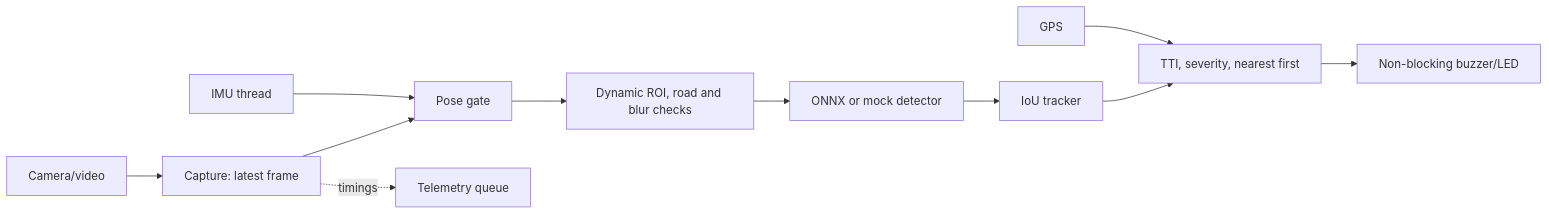
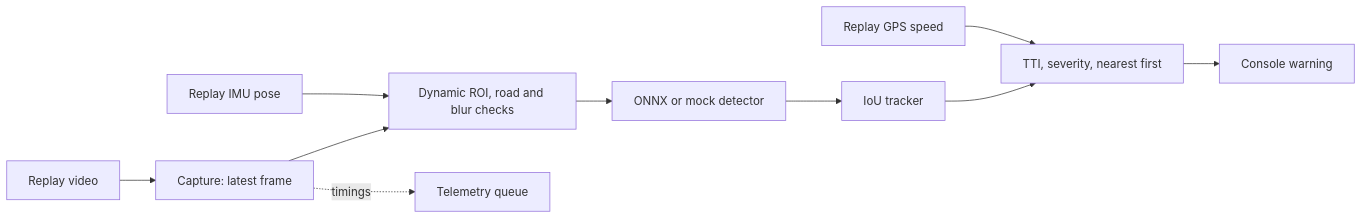
Before and after one commit to Rakshit-Mathur/Pothole-Severity-and-Route-Risk-Prediction: the diagram in docs/ARCHITECTURE.md, drawn with Mermaid. The commit also changed other lines of this file and 10 other files, not shown here.

````diff
--- a/docs/ARCHITECTURE.md
+++ b/docs/ARCHITECTURE.md
@@ -3,12 +3,12 @@
 ```mermaid
 flowchart LR
-  Cam[Camera/video] --> Cap[Capture: latest frame]
-  IMU[IMU thread] --> Pose[Pose gate]
-  GPS[GPS] --> Dec[Decision]
-  Cap --> Pose --> ROI[Dynamic ROI, road and blur checks]
+  Vid[Replay video] --> Cap[Capture: latest frame]
+  Pose[Replay IMU pose] --> ROI
+  Speed[Replay GPS speed] --> Dec[Decision]
+  Cap --> ROI[Dynamic ROI, road and blur checks]
   ROI --> Det[ONNX or mock detector]
   Det --> Trk[IoU tracker]
   Trk --> Dec[TTI, severity, nearest first]
-  Dec --> Warn[Non-blocking buzzer/LED]
+  Dec --> Warn[Console warning]
   Cap -. timings .-> Tel[Telemetry queue]
 ```
````
